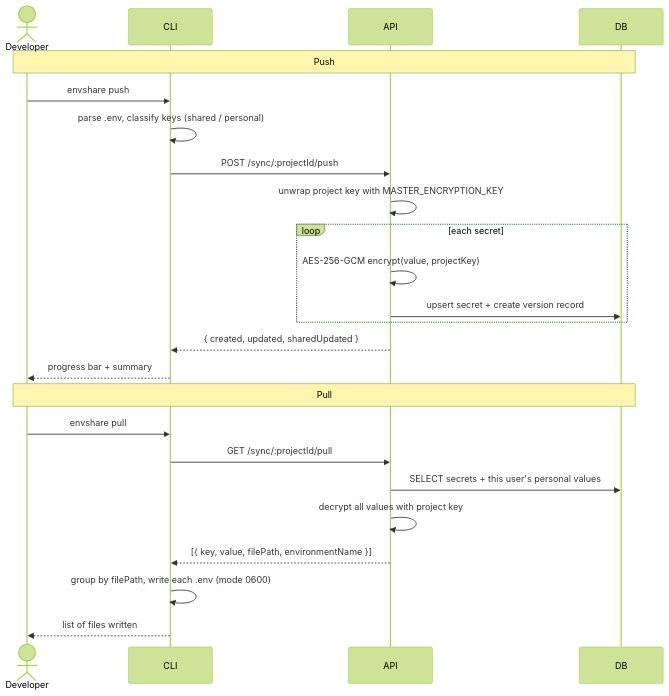
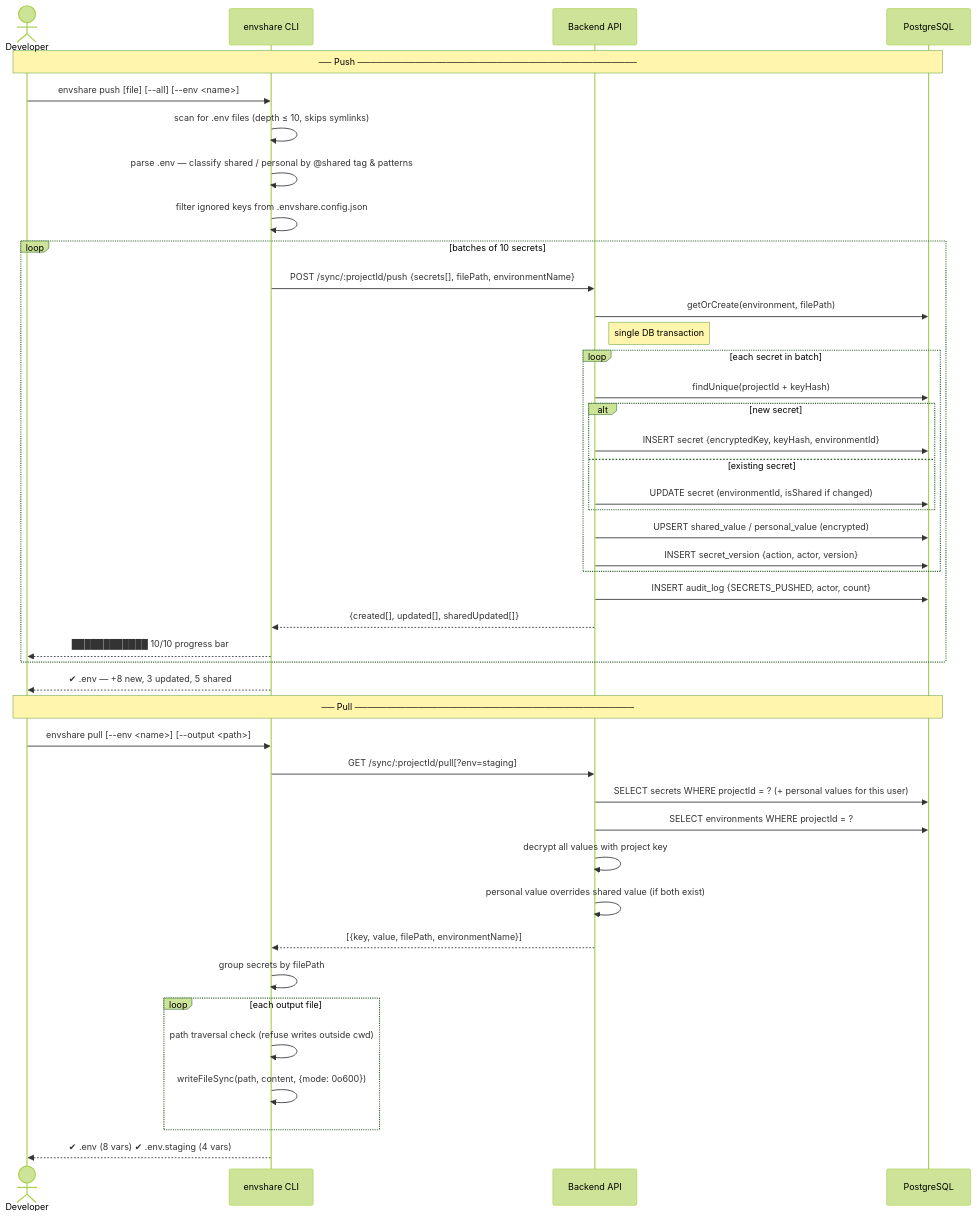
Before and after one commit to s-pl/envShare: the fourth of 5 diagrams in README.md, drawn with Mermaid (forest theme). The commit also changed other lines of this file and 11 other files, not shown here.

First line of the commit message:
chore: update backend and CLI to version 2.0.0

````diff
--- a/README.md
+++ b/README.md
@@ -258,28 +155,48 @@
 ```mermaid
 sequenceDiagram
     actor Dev as Developer
-    participant CLI
-    participant API
-    participant DB
+    participant CLI as envshare CLI
+    participant API as Backend API
+    participant DB as PostgreSQL
 
-    Note over Dev,DB: Push
-    Dev->>CLI: envshare push
-    CLI->>CLI: parse .env, classify keys (shared / personal)
-    CLI->>API: POST /sync/:projectId/push
-    API->>API: unwrap project key with MASTER_ENCRYPTION_KEY
-    loop each secret
-        API->>API: AES-256-GCM encrypt(value, projectKey)
-        API->>DB: upsert secret + create version record
+    Note over Dev,DB: ── Push ────────────────────────────────────────────
+    Dev->>CLI: envshare push [file] [--all] [--env <name>]
+    CLI->>CLI: scan for .env files (depth ≤ 10, skips symlinks)
+    CLI->>CLI: parse .env — classify shared / personal by @shared tag & patterns
+    CLI->>CLI: filter ignored keys from .envshare.config.json
+
+    loop batches of 10 secrets
+        CLI->>API: POST /sync/:projectId/push  {secrets[], filePath, environmentName}
+        API->>DB: getOrCreate(environment, filePath)
+        note right of API: single DB transaction
+        loop each secret in batch
+            API->>DB: findUnique(projectId + keyHash)
+            alt new secret
+                API->>DB: INSERT secret  {encryptedKey, keyHash, environmentId}
+            else existing secret
+                API->>DB: UPDATE secret  (environmentId, isShared if changed)
+            end
+            API->>DB: UPSERT shared_value / personal_value  (encrypted)
+            API->>DB: INSERT secret_version  {action, actor, version}
+        end
+        API->>DB: INSERT audit_log  {SECRETS_PUSHED, actor, count}
+        API-->>CLI: {created[], updated[], sharedUpdated[]}
+        CLI-->>Dev: ████████████ 10/10  progress bar
     end
-    API-->>CLI: { created, updated, sharedUpdated }
-    CLI-->>Dev: progress bar + summary
+    CLI-->>Dev: ✔ .env  —  +8 new, 3 updated, 5 shared
 
-    Note over Dev,DB: Pull
-    Dev->>CLI: envshare pull
-    CLI->>API: GET /sync/:projectId/pull
-    API->>DB: SELECT secrets + this user's personal values
+    Note over Dev,DB: ── Pull ────────────────────────────────────────────
+    Dev->>CLI: envshare pull [--env <name>] [--output <path>]
+    CLI->>API: GET /sync/:projectId/pull[?env=staging]
+    API->>DB: SELECT secrets WHERE projectId = ?  (+ personal values for this user)
+    API->>DB: SELECT environments WHERE projectId = ?
     API->>API: decrypt all values with project key
-    API-->>CLI: [{ key, value, filePath, environmentName }]
-    CLI->>CLI: group by filePath, write each .env (mode 0600)
-    CLI-->>Dev: list of files written
+    API->>API: personal value overrides shared value (if both exist)
+    API-->>CLI: [{key, value, filePath, environmentName}]
+    CLI->>CLI: group secrets by filePath
+    loop each output file
+        CLI->>CLI: path traversal check (refuse writes outside cwd)
+        CLI->>CLI: writeFileSync(path, content, {mode: 0o600})
+    end
+    CLI-->>Dev: ✔ .env (8 vars)  ✔ .env.staging (4 vars)
 ```
````
